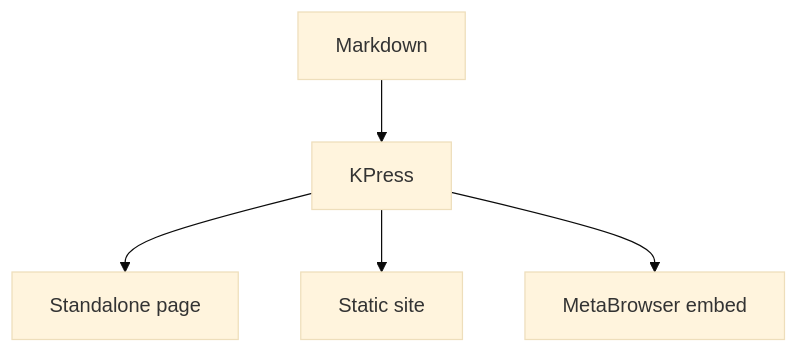
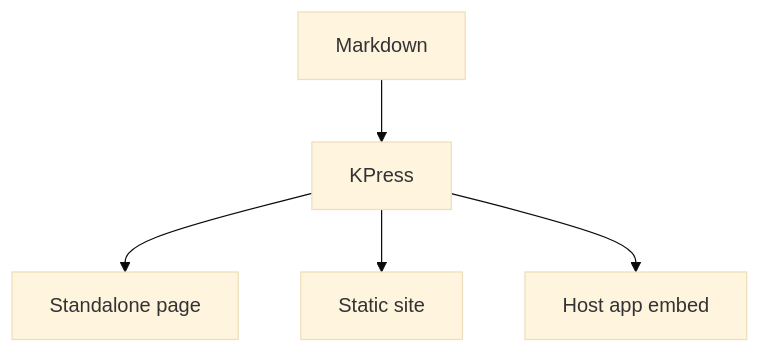
Before and after one commit to jlevy/kpress: the diagram in tests/e2e/docs/index.md, drawn with Mermaid (base theme). The commit also changed 34 other files, not shown here.

````diff
--- a/tests/e2e/docs/index.md
+++ b/tests/e2e/docs/index.md
@@ -129,7 +129,7 @@
 ```mermaid
 graph TD
   A[Markdown] --> B[KPress]
   B --> C[Standalone page]
   B --> D[Static site]
-  B --> E[MetaBrowser embed]
+  B --> E[Host app embed]
 ```
````
